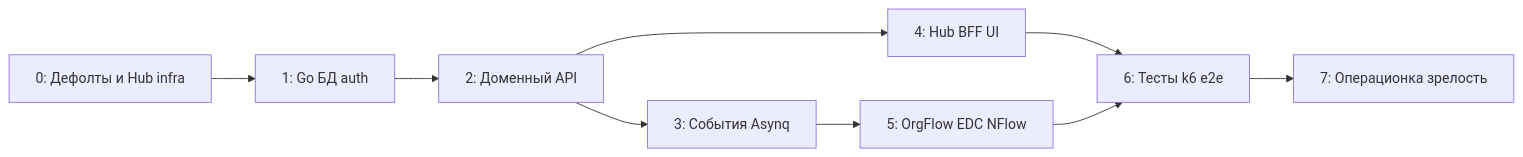
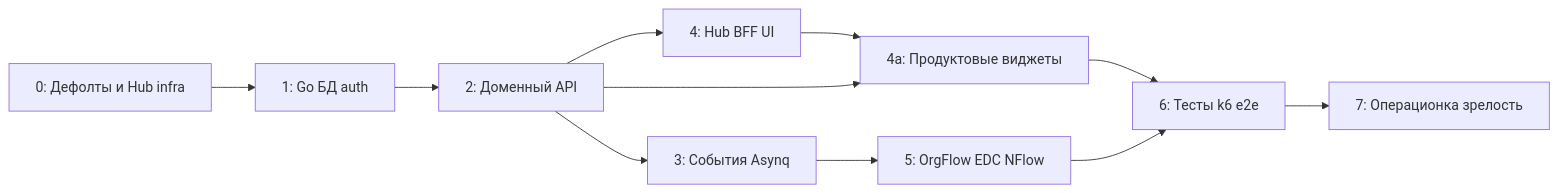
The diagram in tasks/000-full-service-aprilhub-roadmap/PLAN.md (ukituki-ps/april-profile-kilo), drawn with Mermaid before and after one commit. The commit also changed other lines of this file, not shown here.

First line of the commit message:
docs(roadmap): expand phase 4 with product widget stream

````diff
--- a/tasks/000-full-service-aprilhub-roadmap/PLAN.md
+++ b/tasks/000-full-service-aprilhub-roadmap/PLAN.md
@@ -164,18 +211,21 @@
 ```mermaid
 flowchart LR
   F0[0: Дефолты и Hub infra]
   F1[1: Go БД auth]
   F2[2: Доменный API]
   F3[3: События Asynq]
   F4[4: Hub BFF UI]
+  F4A[4a: Продуктовые виджеты]
   F5[5: OrgFlow EDC NFlow]
   F6[6: Тесты k6 e2e]
   F7[7: Операционка зрелость]
   F0 --> F1 --> F2
   F2 --> F3
   F2 --> F4
+  F4 --> F4A
+  F2 --> F4A
   F3 --> F5
-  F4 --> F6
+  F4A --> F6
   F5 --> F6
   F6 --> F7
 ```
````
